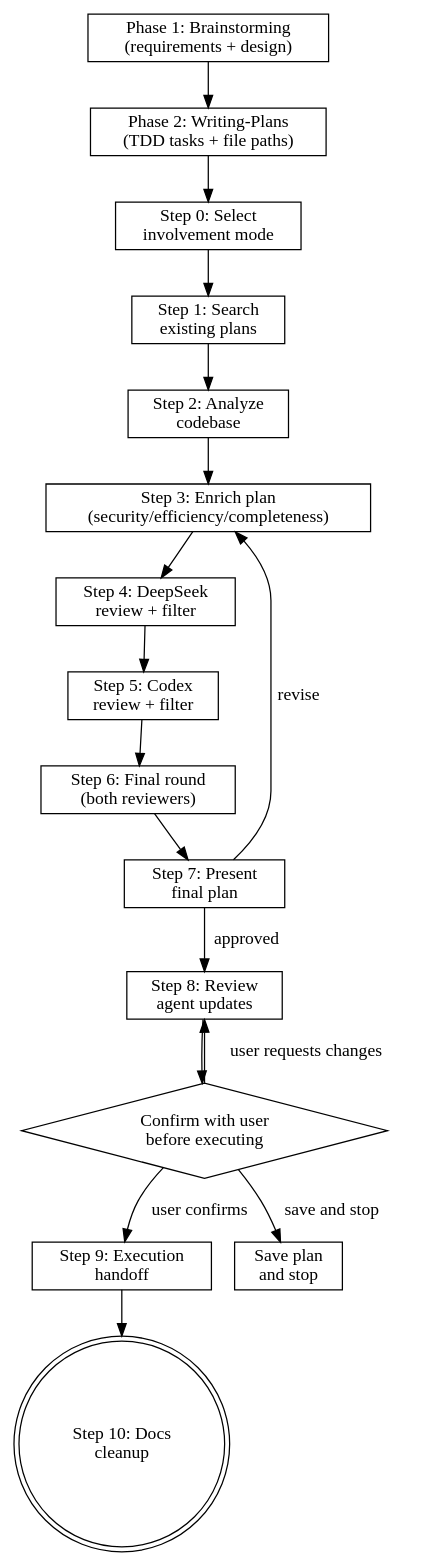
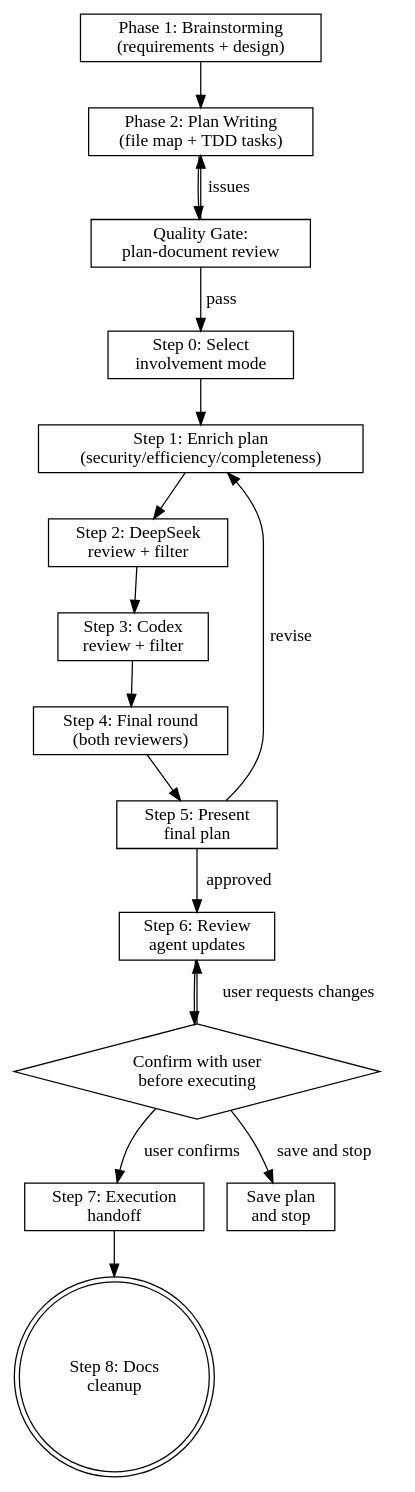
One commit to sumrae412/claude-skills changed the diagram in plancraft/SKILL.md. Above: the diagram before and after it, drawn with Graphviz. The commit also changed other lines of this file and 18 other files, not shown here.

````diff
--- a/plancraft/SKILL.md
+++ b/plancraft/SKILL.md
@@ -46,37 +46,36 @@
 ```dot
 digraph plancraft {
     node [shape=box];
     brainstorm [label="Phase 1: Brainstorming\n(requirements + design)"];
-    writing [label="Phase 2: Writing-Plans\n(TDD tasks + file paths)"];
+    writing [label="Phase 2: Plan Writing\n(file map + TDD tasks)"];
+    quality [label="Quality Gate:\nplan-document review"];
     mode [label="Step 0: Select\ninvolvement mode"];
-    search [label="Step 1: Search\nexisting plans"];
-    analyze [label="Step 2: Analyze\ncodebase"];
-    enrich [label="Step 3: Enrich plan\n(security/efficiency/completeness)"];
-    ds1 [label="Step 4: DeepSeek\nreview + filter"];
-    cx1 [label="Step 5: Codex\nreview + filter"];
-    final_rev [label="Step 6: Final round\n(both reviewers)"];
-    present [label="Step 7: Present\nfinal plan"];
-    review_updates [label="Step 8: Review\nagent updates"];
+    enrich [label="Step 1: Enrich plan\n(security/efficiency/completeness)"];
+    ds1 [label="Step 2: DeepSeek\nreview + filter"];
+    cx1 [label="Step 3: Codex\nreview + filter"];
+    final_rev [label="Step 4: Final round\n(both reviewers)"];
+    present [label="Step 5: Present\nfinal plan"];
+    review_updates [label="Step 6: Review\nagent updates"];
     confirm [label="Confirm with user\nbefore executing" shape=diamond];
-    execute [label="Step 9: Execution\nhandoff"];
-    cleanup [label="Step 10: Docs\ncleanup" shape=doublecircle];
+    execute [label="Step 7: Execution\nhandoff"];
+    cleanup [label="Step 8: Docs\ncleanup" shape=doublecircle];
 
     brainstorm -> writing;
-    writing -> mode;
-    mode -> search;
-    search -> analyze;
-    analyze -> enrich;
+    writing -> quality;
+    quality -> mode [label="pass"];
+    quality -> writing [label="issues"];
+    mode -> enrich;
     enrich -> ds1;
     ds1 -> cx1;
     cx1 -> final_rev;
     final_rev -> present;
     present -> review_updates [label="approved"];
     present -> enrich [label="revise"];
     review_updates -> confirm;
     confirm -> execute [label="user confirms"];
     confirm -> review_updates [label="user requests changes"];
     save_stop [label="Save plan\nand stop"];
     confirm -> save_stop [label="save and stop"];
     execute -> cleanup;
 }
 ```
````
